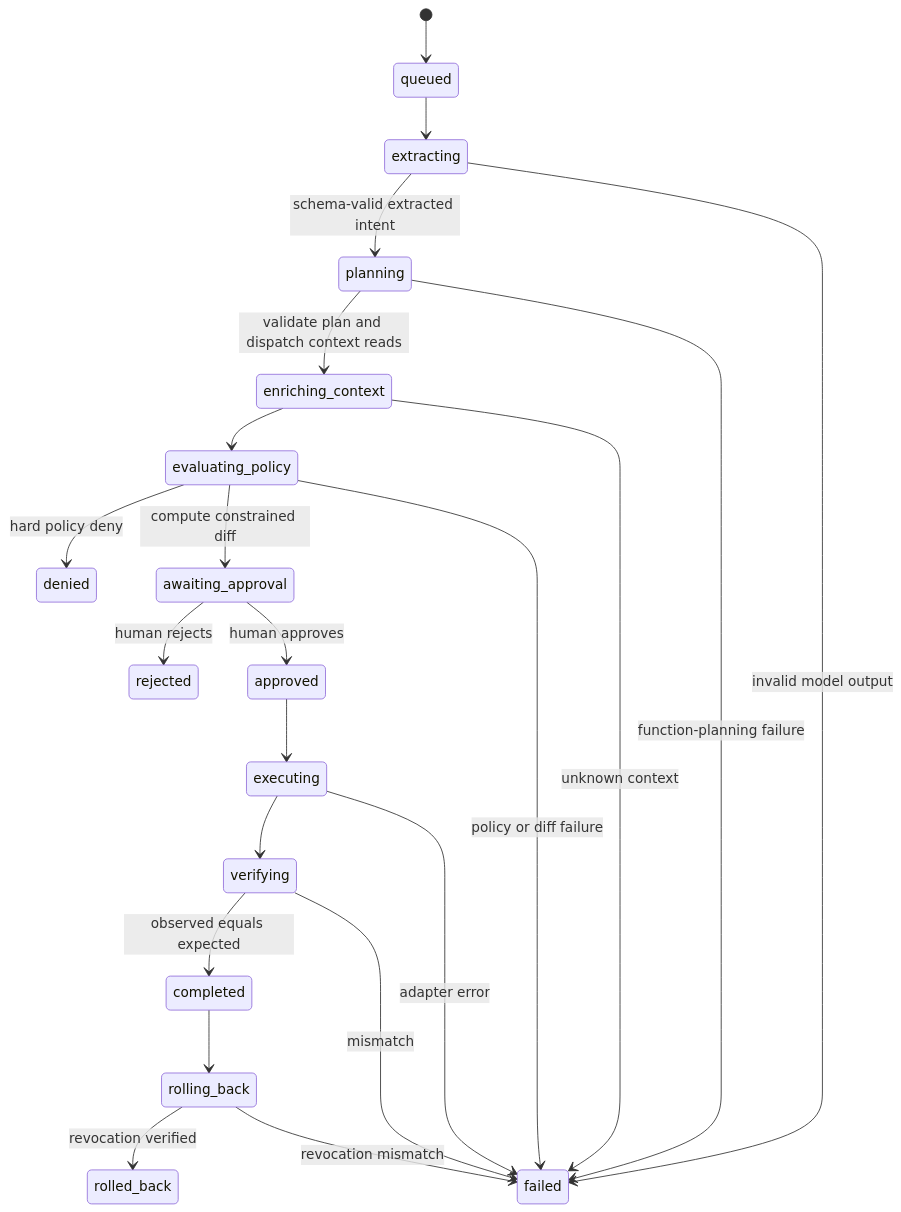
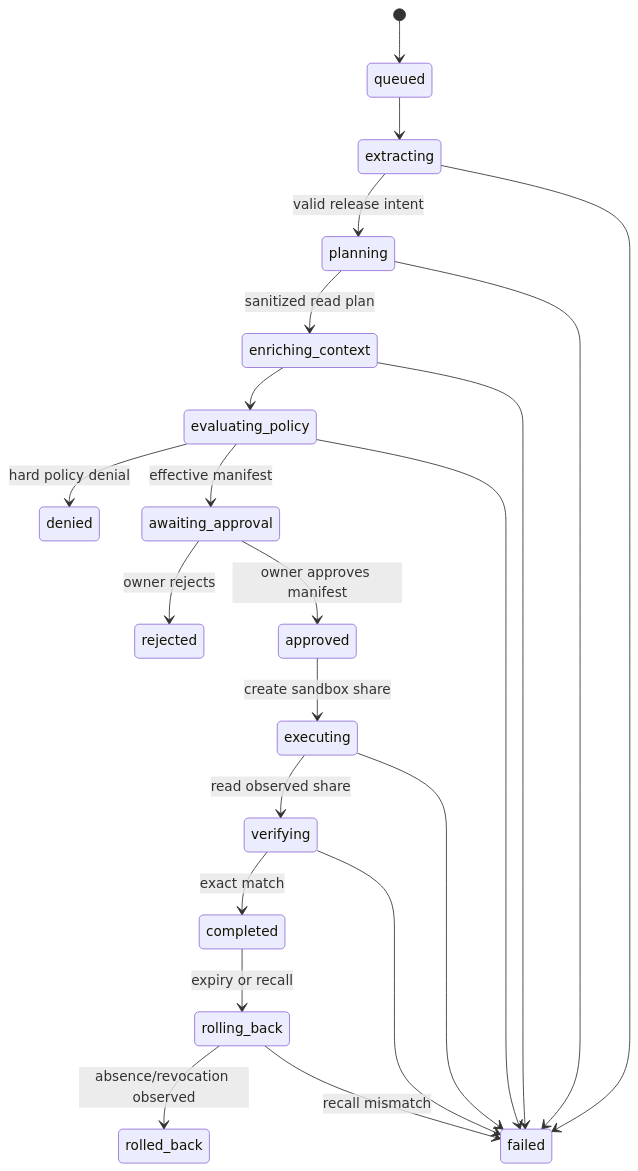
The third of 5 diagrams in docs/architecture.md (xiaodouzi666/releaseproof), drawn with Mermaid before and after one commit. The commit also changed other lines of this file and 70 other files, not shown here.

````diff
--- a/docs/architecture.md
+++ b/docs/architecture.md
@@ -140,24 +205,24 @@
-```mermaid
+~~~mermaid
 stateDiagram-v2
     [*] --> queued
     queued --> extracting
-    extracting --> planning: schema-valid extracted intent
-    planning --> enriching_context: validate plan and dispatch context reads
+    extracting --> planning: valid release intent
+    planning --> enriching_context: sanitized read plan
     enriching_context --> evaluating_policy
-    evaluating_policy --> denied: hard policy deny
-    evaluating_policy --> awaiting_approval: compute constrained diff
-    awaiting_approval --> rejected: human rejects
-    awaiting_approval --> approved: human approves
-    approved --> executing
-    executing --> verifying
-    verifying --> completed: observed equals expected
-    extracting --> failed: invalid model output
-    planning --> failed: function-planning failure
-    enriching_context --> failed: unknown context
-    evaluating_policy --> failed: policy or diff failure
-    executing --> failed: adapter error
-    verifying --> failed: mismatch
-    completed --> rolling_back
-    rolling_back --> rolled_back: revocation verified
-    rolling_back --> failed: revocation mismatch
-```
+    evaluating_policy --> denied: hard policy denial
+    evaluating_policy --> awaiting_approval: effective manifest
+    awaiting_approval --> rejected: owner rejects
+    awaiting_approval --> approved: owner approves manifest
+    approved --> executing: create sandbox share
+    executing --> verifying: read observed share
+    verifying --> completed: exact match
+    extracting --> failed
+    planning --> failed
+    enriching_context --> failed
+    evaluating_policy --> failed
+    executing --> failed
+    verifying --> failed
+    completed --> rolling_back: expiry or recall
+    rolling_back --> rolled_back: absence/revocation observed
+    rolling_back --> failed: recall mismatch
+~~~
````
